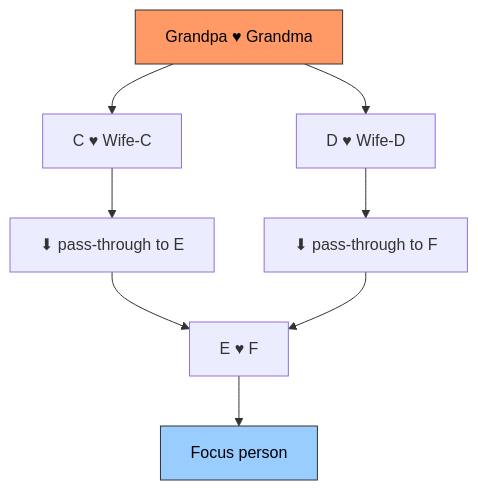
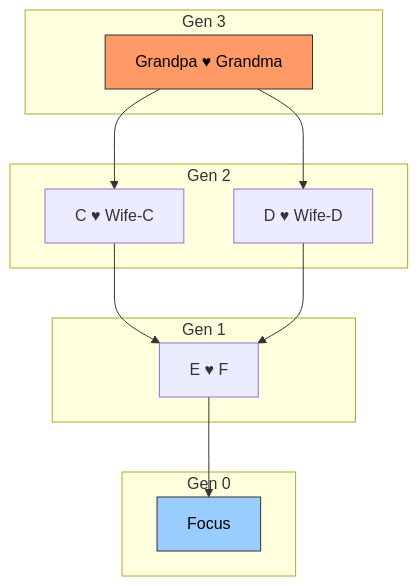
Before and after one commit to san650/ancestry: the fifth of 13 diagrams in lib/ancestry/people/CLAUDE.md, drawn with Mermaid. The commit also changed other lines of this file and 21 other files, not shown here.

Commit message:
Graph view improvements (#28)

````diff
--- a/lib/ancestry/people/CLAUDE.md
+++ b/lib/ancestry/people/CLAUDE.md
@@ -132,15 +144,25 @@
 ```mermaid
 flowchart TD
-    AB["Grandpa ♥ Grandma"]
-    AB --> C1["C ♥ Wife-C"]
-    AB --> D1["D ♥ Wife-D"]
-    C1 --> E_pt["⬇ pass-through to E"]
-    D1 --> F_pt["⬇ pass-through to F"]
+    subgraph gen3 ["Gen 3"]
+        GP["Grandpa ♥ Grandma"]
+    end
+    subgraph gen2 ["Gen 2"]
+        CW["C ♥ Wife-C"]
+        DW["D ♥ Wife-D"]
+    end
+    subgraph gen1 ["Gen 1"]
+        EF["E ♥ F"]
+    end
+    subgraph gen0 ["Gen 0"]
+        Focus["Focus"]
+    end
 
-    E_pt --> EF["E ♥ F"]
-    F_pt --> EF
-    EF --> Focus["Focus person"]
+    GP --> CW
+    GP --> DW
+    CW --> EF
+    DW --> EF
+    EF --> Focus
 
-    style AB fill:#f96,stroke:#333,color:#000
     style Focus fill:#9cf,stroke:#333,color:#000
+    style GP fill:#f96,stroke:#333,color:#000
 ```
````
